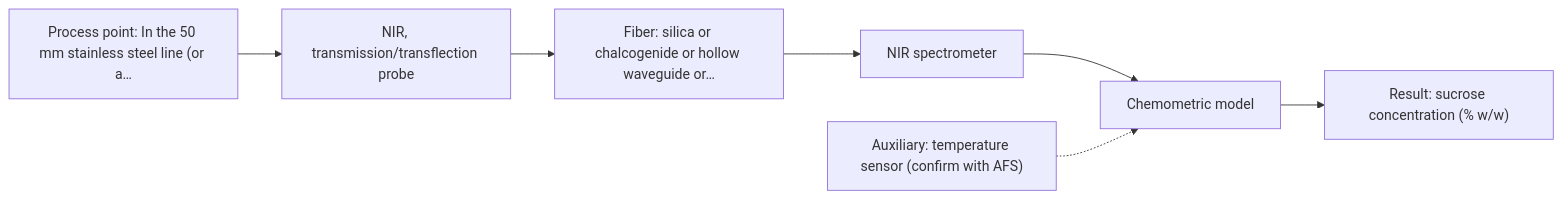
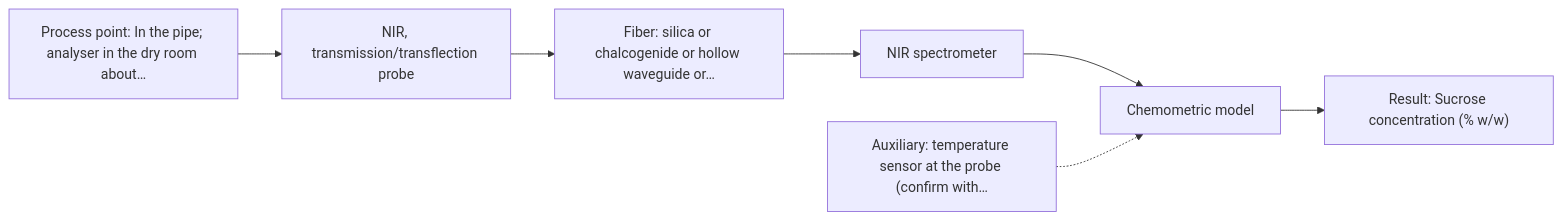
One commit to sleipnir029/Afs-Spectroscopy-Assistant changed the diagram in outputs/adversarial/A07.md. Above: the diagram before and after it, drawn with Mermaid. The commit also changed other lines of this file and 7 other files, not shown here.

````diff
--- a/outputs/adversarial/A07.md
+++ b/outputs/adversarial/A07.md
@@ -38,16 +37,16 @@
 ```mermaid
 flowchart LR
-    proc["Process point: In the 50 mm stainless steel line (or a…"]
+    proc["Process point: In the pipe; analyser in the dry room about…"]
     probe1["NIR, transmission/transflection probe"]
     fiber1["Fiber: silica or chalcogenide or hollow waveguide or…"]
     spec1["NIR spectrometer"]
     model["Chemometric model"]
-    result["Result: sucrose concentration (% w/w)"]
-    aux1["Auxiliary: temperature sensor (confirm with AFS)"]
+    result["Result: Sucrose concentration (% w/w)"]
+    aux1["Auxiliary: temperature sensor at the probe (confirm with…"]
     proc --> probe1
     probe1 --> fiber1
     fiber1 --> spec1
     spec1 --> model
     model --> result
     aux1 -.-> model
 ```
````
